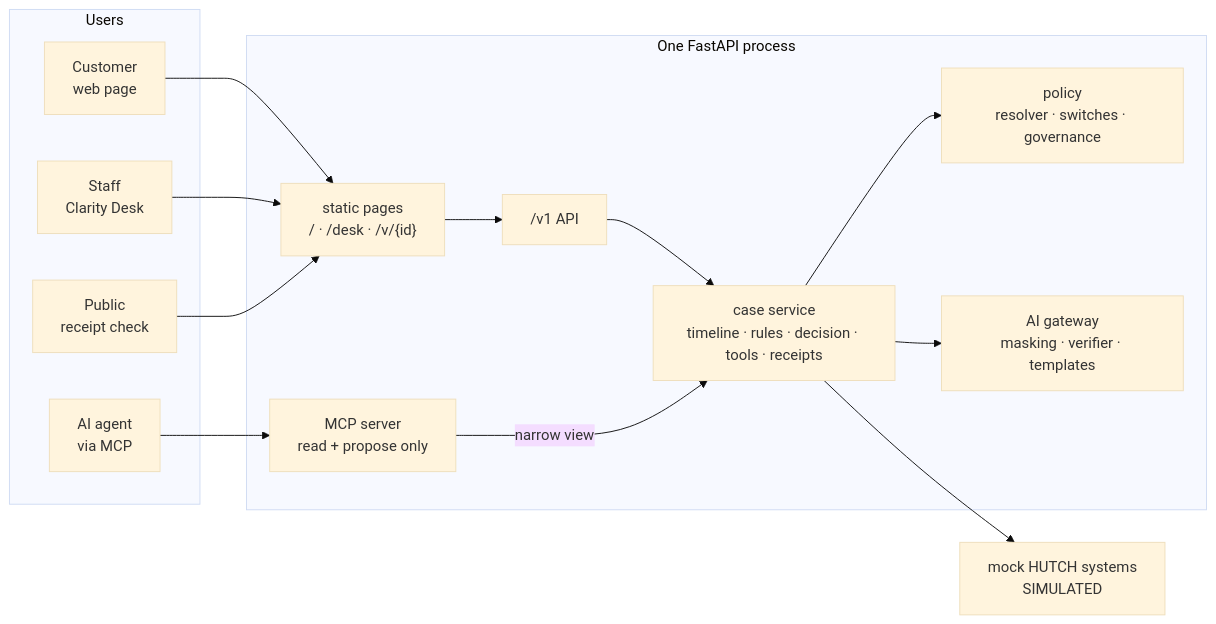
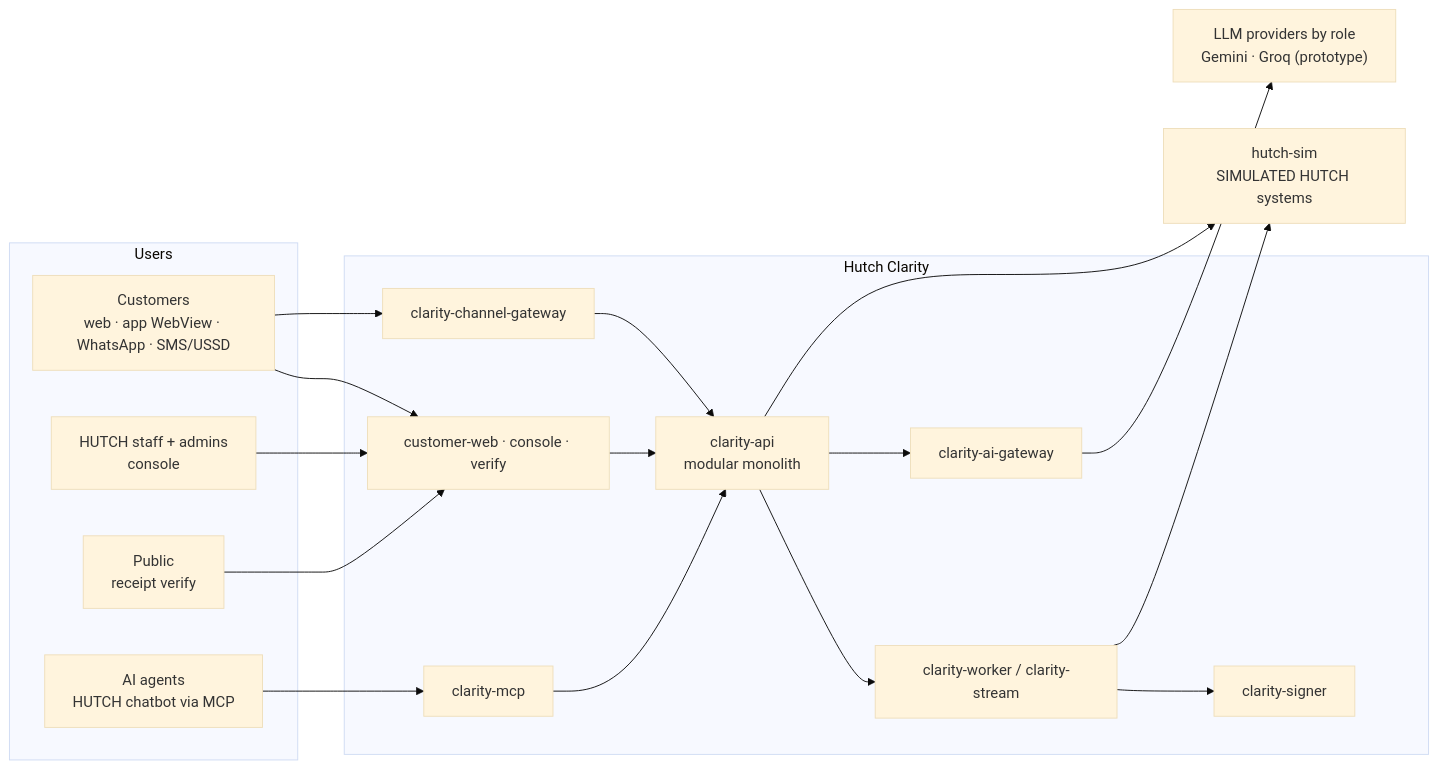
One commit to Pasidu-Mihiranga/HutchClarity changed the diagram in ARCHITECTURE.md. Above: the diagram before and after it, drawn with Mermaid (base theme). The commit also changed other lines of this file and 103 other files, not shown here.

First line of the commit message:
refactor: remove legacy files and update documentation for Hutch Clarity

````diff
--- a/ARCHITECTURE.md
+++ b/ARCHITECTURE.md
@@ -15,27 +11,30 @@
 ```mermaid
 flowchart LR
     subgraph Users
-        C["Customer<br/>web page"]
-        S["Staff<br/>Clarity Desk"]
-        P["Public<br/>receipt check"]
-        AG["AI agent<br/>via MCP"]
+        C["Customers<br/>web · app WebView · WhatsApp · SMS/USSD"]
+        S["HUTCH staff + admins<br/>console"]
+        P["Public<br/>receipt verify"]
+        AG["AI agents<br/>HUTCH chatbot via MCP"]
     end
-    subgraph Process["One FastAPI process"]
-        UI["static pages<br/>/ · /desk · /v/{id}"]
-        API["/v1 API"]
-        CORE["case service<br/>timeline · rules · decision · tools · receipts"]
-        POL["policy<br/>resolver · switches · governance"]
-        AI["AI gateway<br/>masking · verifier · templates"]
-        MCP["MCP server<br/>read + propose only"]
+    subgraph Clarity["Hutch Clarity"]
+        FE["customer-web · console · verify"]
+        API["clarity-api<br/>modular monolith"]
+        WK["clarity-worker / clarity-stream"]
+        MCP["clarity-mcp"]
+        AIG["clarity-ai-gateway"]
+        SIG["clarity-signer"]
+        CHG["clarity-channel-gateway"]
     end
-    SIM["mock HUTCH systems<br/>SIMULATED"]
-    C --> UI --> API
-    S --> UI
-    P --> UI
-    AG --> MCP
-    API --> CORE
-    MCP -->|narrow view| CORE
-    CORE --> POL
-    CORE --> AI
-    CORE --> SIM
+    SIM["hutch-sim<br/>SIMULATED HUTCH systems"]
+    LLM["LLM providers by role<br/>Gemini · Groq (prototype)"]
+    C --> FE --> API
+    C --> CHG --> API
+    S --> FE
+    P --> FE
+    AG --> MCP --> API
+    API --> WK
+    API --> AIG --> LLM
+    WK --> SIG
+    API --> SIM
+    WK --> SIM
 ```
````
